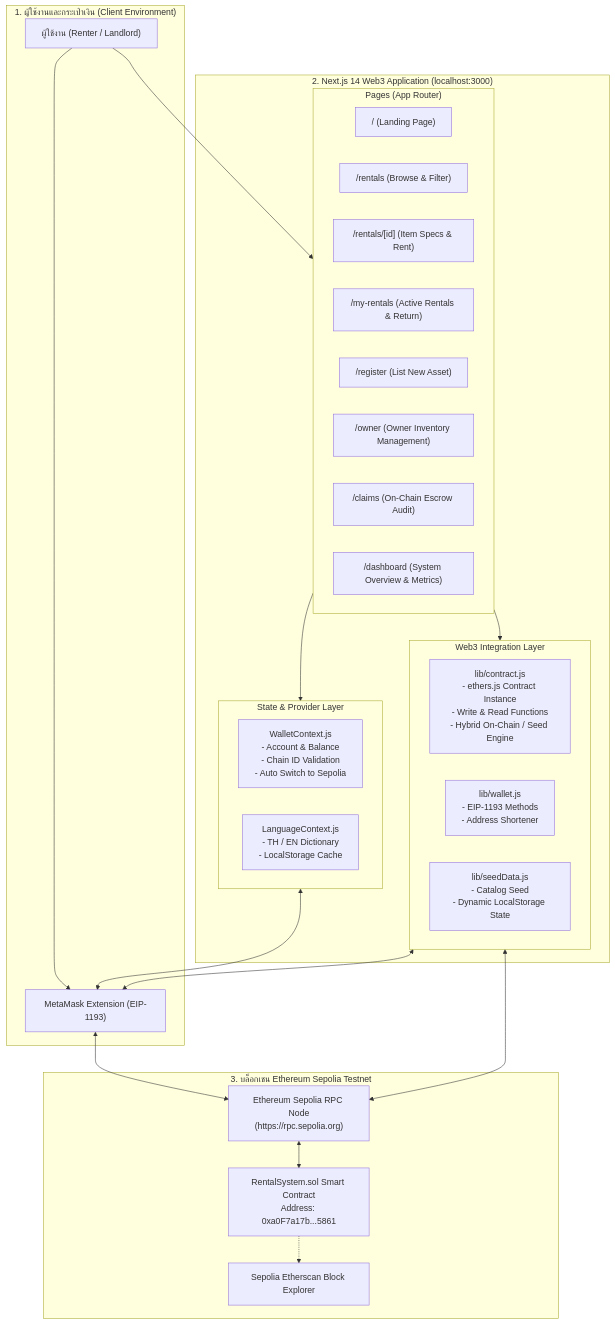
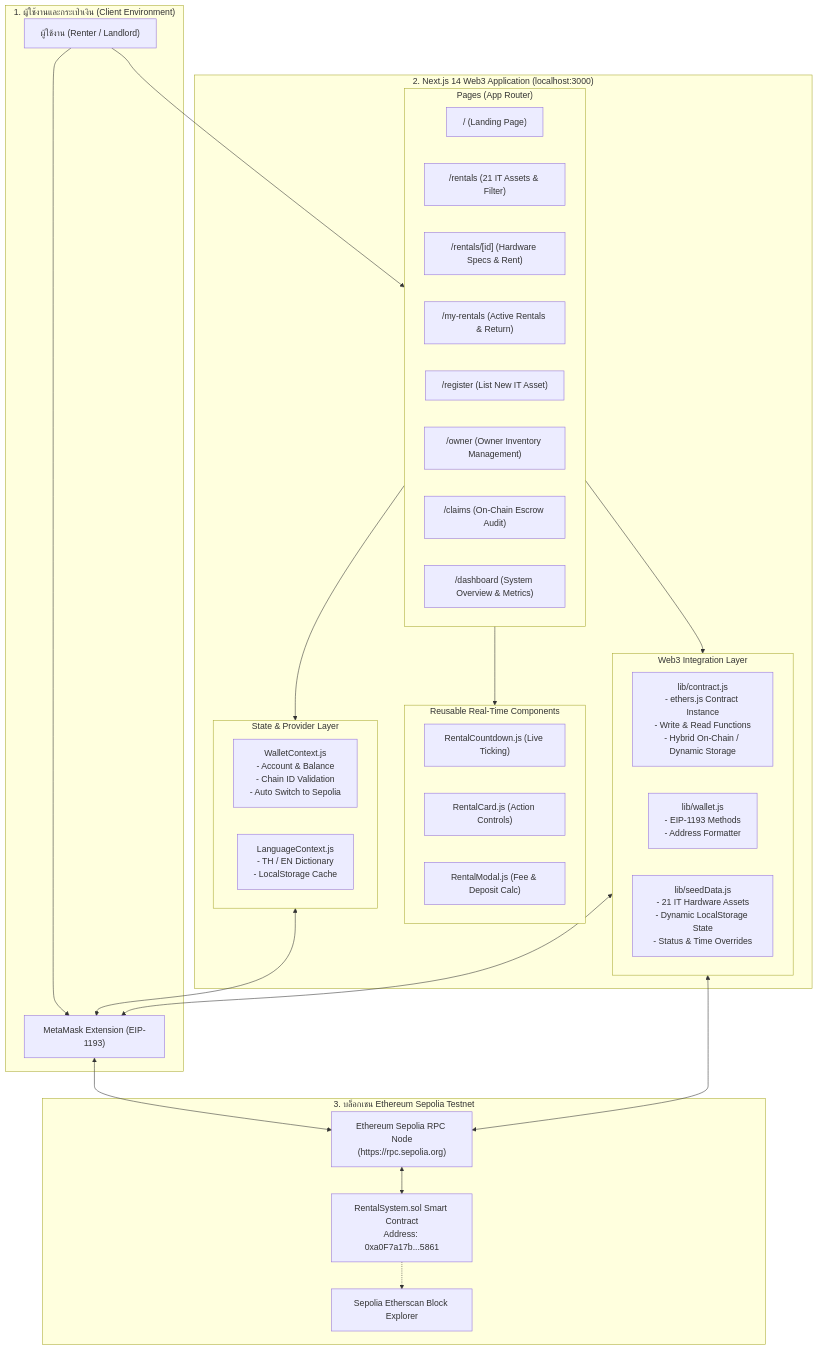
One commit to Kitikon15/Blockchain-Rental-System-DApp changed the first of 2 diagrams in README.md. Above: the diagram before and after it, drawn with Mermaid. The commit also changed other lines of this file and 15 other files, not shown here.

Commit message:
feat: Add 21 IT hardware catalog, real-time countdown, rental extension, instant cancellation refund, live audit, and update README.md

````diff
--- a/README.md
+++ b/README.md
@@ -71,48 +75,55 @@
 ```mermaid
 flowchart TD
     subgraph ClientLayer ["1. ผู้ใช้งานและกระเป๋าเงิน (Client Environment)"]
         User["ผู้ใช้งาน (Renter / Landlord)"]
         MetaMask["MetaMask Extension (EIP-1193)"]
     end
 
     subgraph FrontendApp ["2. Next.js 14 Web3 Application (localhost:3000)"]
         subgraph Contexts ["State & Provider Layer"]
             WalletCtx["WalletContext.js\n- Account & Balance\n- Chain ID Validation\n- Auto Switch to Sepolia"]
             LangCtx["LanguageContext.js\n- TH / EN Dictionary\n- LocalStorage Cache"]
         end
 
         subgraph Routes ["Pages (App Router)"]
             P_Home["/ (Landing Page)"]
-            P_Rentals["/rentals (Browse & Filter)"]
-            P_Details["/rentals/[id] (Item Specs & Rent)"]
+            P_Rentals["/rentals (21 IT Assets & Filter)"]
+            P_Details["/rentals/[id] (Hardware Specs & Rent)"]
             P_MyRentals["/my-rentals (Active Rentals & Return)"]
-            P_Register["/register (List New Asset)"]
+            P_Register["/register (List New IT Asset)"]
             P_Owner["/owner (Owner Inventory Management)"]
             P_Claims["/claims (On-Chain Escrow Audit)"]
             P_Dash["/dashboard (System Overview & Metrics)"]
         end
 
+        subgraph Components ["Reusable Real-Time Components"]
+            C_Countdown["RentalCountdown.js (Live Ticking)"]
+            C_Card["RentalCard.js (Action Controls)"]
+            C_Modal["RentalModal.js (Fee & Deposit Calc)"]
+        end
+
         subgraph Services ["Web3 Integration Layer"]
-            LibContract["lib/contract.js\n- ethers.js Contract Instance\n- Write & Read Functions\n- Hybrid On-Chain / Seed Engine"]
-            LibWallet["lib/wallet.js\n- EIP-1193 Methods\n- Address Shortener"]
-            LibSeed["lib/seedData.js\n- Catalog Seed\n- Dynamic LocalStorage State"]
+            LibContract["lib/contract.js\n- ethers.js Contract Instance\n- Write & Read Functions\n- Hybrid On-Chain / Dynamic Storage"]
+            LibWallet["lib/wallet.js\n- EIP-1193 Methods\n- Address Formatter"]
+            LibSeed["lib/seedData.js\n- 21 IT Hardware Assets\n- Dynamic LocalStorage State\n- Status & Time Overrides"]
         end
     end
 
     subgraph BlockchainNetwork ["3. บล็อกเชน Ethereum Sepolia Testnet"]
         SepoliaRPC["Ethereum Sepolia RPC Node\n(https://rpc.sepolia.org)"]
         SmartContract["RentalSystem.sol Smart Contract\nAddress: 0xa0F7a17b...5861"]
         Etherscan["Sepolia Etherscan Block Explorer"]
     end
 
     User --> MetaMask
     User --> Routes
     Routes --> Contexts
+    Routes --> Components
     Routes --> Services
     Contexts <--> MetaMask
     Services <--> MetaMask
     MetaMask <--> SepoliaRPC
     Services <--> SepoliaRPC
     SepoliaRPC <--> SmartContract
     SmartContract -.-> Etherscan
 ```
````
